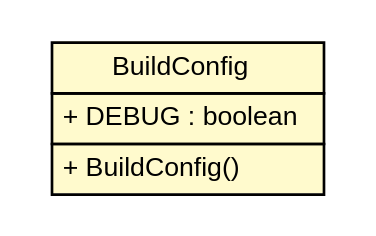
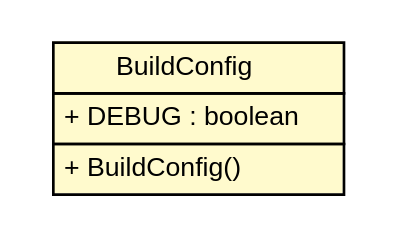
The diagram in SwEng2013QuizApp/reports/epfl/sweng/BuildConfig.dot (SidneyBovet/sweng-2013-quizapp), drawn with Graphviz before and after one commit. The commit also changed 146 other files, not shown here.

Commit message:
ant reports rerun to create the .png for UML

```diff
--- a/SwEng2013QuizApp/reports/epfl/sweng/BuildConfig.dot
+++ b/SwEng2013QuizApp/reports/epfl/sweng/BuildConfig.dot
@@ -1,24 +1,24 @@
 #!/usr/local/bin/dot
 #
 # Class diagram 
 # Generated by UMLGraph version R5_6_6-1-g9240c4 (http://www.umlgraph.org/)
 #
 
 digraph G {
-	edge [fontname="arial",fontsize=10,labelfontname="arial",labelfontsize=10];
-	node [fontname="arial",fontsize=10,shape=plaintext];
+	edge [fontname="Helvetica",fontsize=10,labelfontname="Helvetica",labelfontsize=10];
+	node [fontname="Helvetica",fontsize=10,shape=plaintext];
 	nodesep=0.25;
 	ranksep=0.5;
 	// epfl.sweng.BuildConfig
-	c207 [label=<<table title="epfl.sweng.BuildConfig" border="0" cellborder="1" cellspacing="0" cellpadding="2" port="p" bgcolor="lemonChiffon" href="./BuildConfig.html">
+	c243 [label=<<table title="epfl.sweng.BuildConfig" border="0" cellborder="1" cellspacing="0" cellpadding="2" port="p" bgcolor="lemonChiffon" href="./BuildConfig.html">
 		<tr><td><table border="0" cellspacing="0" cellpadding="1">
 <tr><td align="center" balign="center"> BuildConfig </td></tr>
 		</table></td></tr>
 		<tr><td><table border="0" cellspacing="0" cellpadding="1">
 <tr><td align="left" balign="left"> + DEBUG : boolean </td></tr>
 		</table></td></tr>
 		<tr><td><table border="0" cellspacing="0" cellpadding="1">
 <tr><td align="left" balign="left"> + BuildConfig() </td></tr>
 		</table></td></tr>
-		</table>>, URL="./BuildConfig.html", fontname="arial", fontcolor="black", fontsize=10.0];
+		</table>>, URL="./BuildConfig.html", fontname="Helvetica", fontcolor="black", fontsize=10.0];
 }
```
